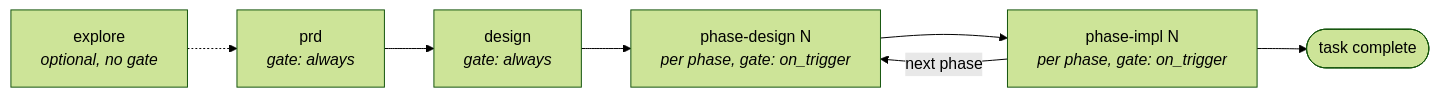
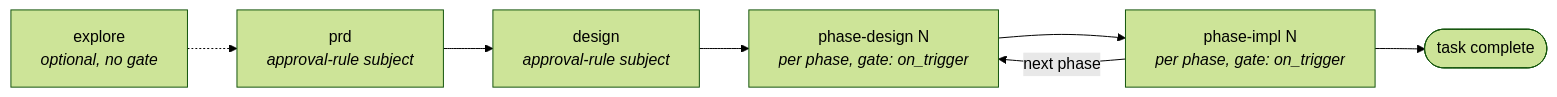
One commit to Aroton/ArchflowV2 changed the diagram in docs/workflow/LIFECYCLE.md. Above: the diagram before and after it, drawn with Mermaid (forest theme). The commit also changed other lines of this file and 136 other files, not shown here.

````diff
--- a/docs/workflow/LIFECYCLE.md
+++ b/docs/workflow/LIFECYCLE.md
@@ -11,9 +11,9 @@
 ```mermaid
 flowchart LR
     Explore["explore<br/><i>optional, no gate</i>"] -.-> PRD
-    PRD["prd<br/><i>gate: always</i>"] --> Design["design<br/><i>gate: always</i>"]
+    PRD["prd<br/><i>approval-rule subject</i>"] --> Design["design<br/><i>approval-rule subject</i>"]
     Design --> PD["phase-design N<br/><i>per phase, gate: on_trigger</i>"]
     PD --> PI["phase-impl N<br/><i>per phase, gate: on_trigger</i>"]
     PI -->|next phase| PD
     PI --> Done([task complete])
 ```
````
